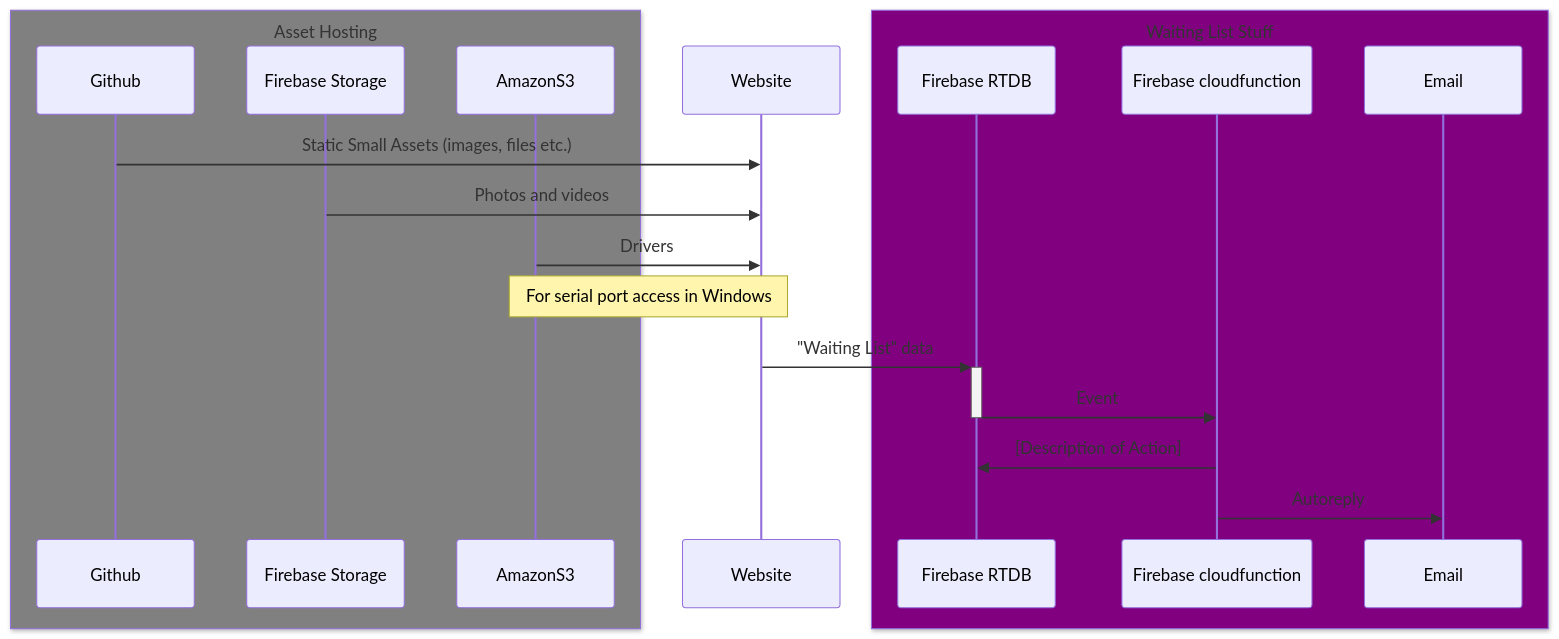
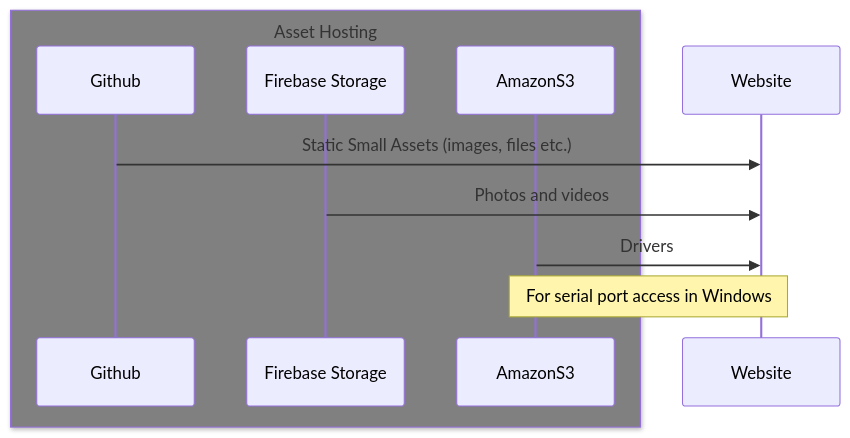
The diagram in README.md (devATdbsutdio/dattabaumstudio.com), drawn with Mermaid before and after one commit. The commit also changed other lines of this file and 1 other file, not shown here.

Commit message:
Drop unused analytics, ads and waiting list from docs and policy
- Privacy: remove Google Analytics, Firebase analytics and the
  remarketing section (Google Ads, Twitter, Facebook), none of which
  the site loads; add a short Hosting note on Vercel and Firebase Storage
- README: drop the waiting list from the diagram, note that its form
  and API route are switched off but kept
- Remove architechture_graph.mmd, a Stripe and PayPal plan never built

Claude-Session: https://claude.ai/code/session_01QMJv3CtMXrByypemEhXLyq

````diff
--- a/README.md
+++ b/README.md
@@ -58,23 +60,14 @@
 ```mermaid
 sequenceDiagram
     box Gray Asset Hosting
         participant Github
         participant FirebaseStorage as Firebase Storage
         participant AmazonS3
     end
     participant Website
-    box Purple Waiting List Stuff
-        participant FirebaseDB as Firebase RTDB
-        participant FirebaseFunction as Firebase cloudfunction
-        participant Email
-    end
 
     Github->>Website: Static Small Assets (images, files etc.)
     FirebaseStorage->>Website: Photos and videos
     AmazonS3->>Website: Drivers
     Note over AmazonS3,Website: For serial port access in Windows
-    Website->>+FirebaseDB: "Waiting List" data
-    FirebaseDB->>-FirebaseFunction: Event
-    FirebaseFunction->>FirebaseDB: [Description of Action]
-    FirebaseFunction->>Email: Autoreply
 ```
````
